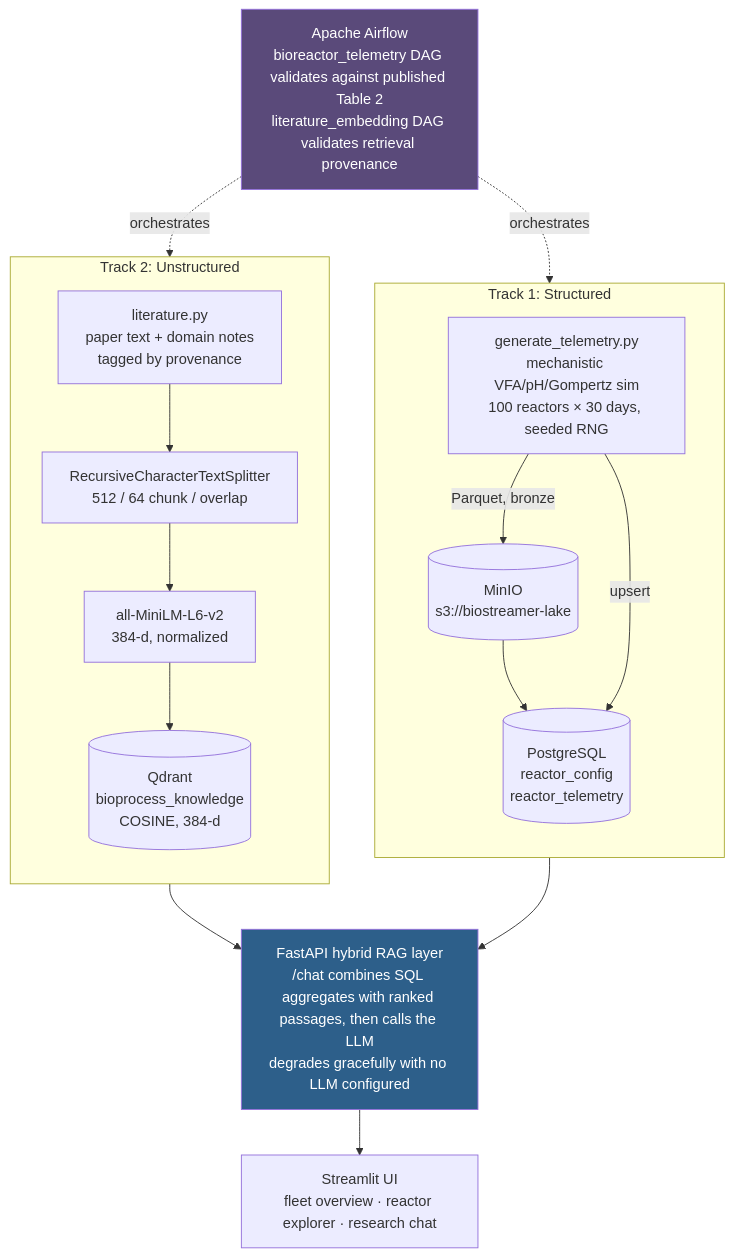
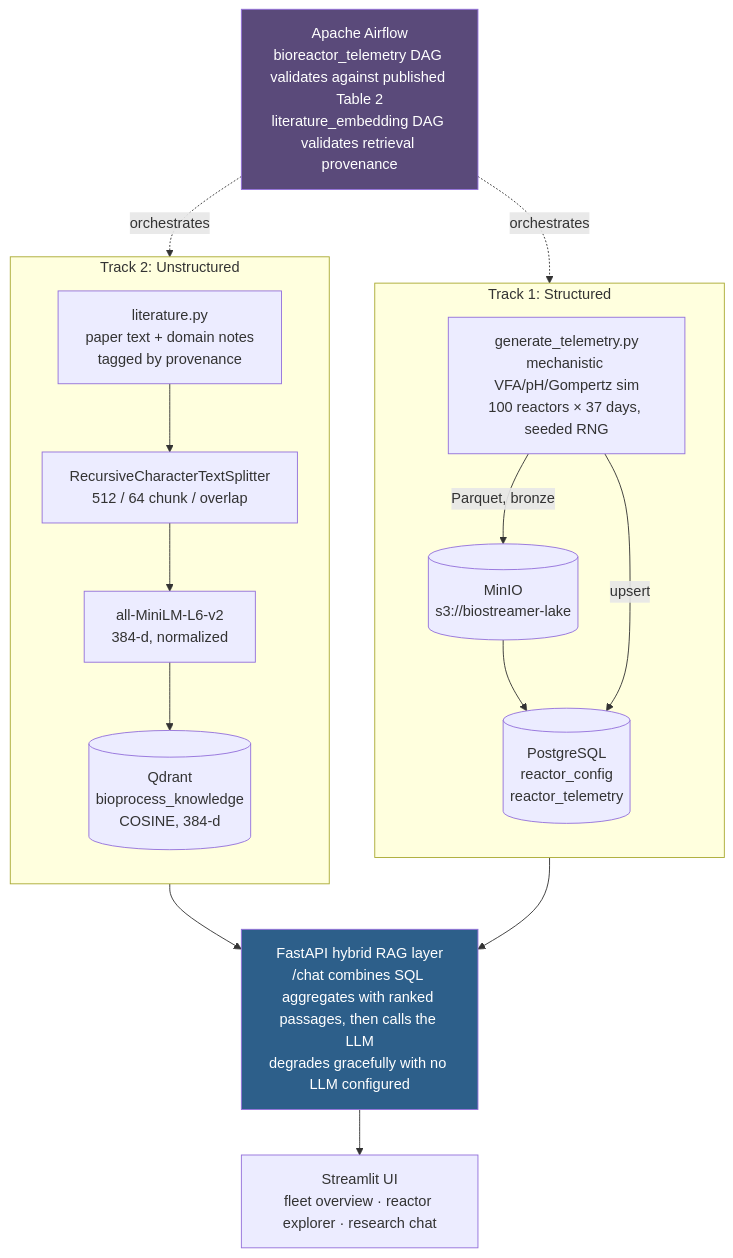
One commit to jonascodes15/biostream_digest changed the diagram in README.md. Above: the diagram before and after it, drawn with Mermaid. The commit also changed other lines of this file, not shown here.

````diff
--- a/README.md
+++ b/README.md
@@ -50,31 +50,31 @@
 ```mermaid
 flowchart TB
     subgraph track1["Track 1: Structured"]
         direction TB
-        SIM["generate_telemetry.py<br/>mechanistic VFA/pH/Gompertz sim<br/>100 reactors × 30 days, seeded RNG"]
+        SIM["generate_telemetry.py<br/>mechanistic VFA/pH/Gompertz sim<br/>100 reactors × 37 days, seeded RNG"]
         SIM -->|Parquet, bronze| MINIO[("MinIO<br/>s3://biostreamer-lake")]
         MINIO --> PG[("PostgreSQL<br/>reactor_config<br/>reactor_telemetry")]
         SIM -->|upsert| PG
     end
 
     subgraph track2["Track 2: Unstructured"]
         direction TB
         CORPUS["literature.py<br/>paper text + domain notes<br/>tagged by provenance"]
         CORPUS --> SPLIT["RecursiveCharacterTextSplitter<br/>512 / 64 chunk / overlap"]
         SPLIT --> EMBED["all-MiniLM-L6-v2<br/>384-d, normalized"]
         EMBED --> QDRANT[("Qdrant<br/>bioprocess_knowledge<br/>COSINE, 384-d")]
     end
 
     PG --> API
     QDRANT --> API
 
     API["FastAPI hybrid RAG layer<br/>/chat combines SQL aggregates with ranked passages, then calls the LLM<br/>degrades gracefully with no LLM configured"]
     API --> UI["Streamlit UI<br/>fleet overview · reactor explorer · research chat"]
 
     AF["Apache Airflow<br/>bioreactor_telemetry DAG validates against published Table 2<br/>literature_embedding DAG validates retrieval provenance"]
     AF -.orchestrates.-> SIM
     AF -.orchestrates.-> CORPUS
 
     style API fill:#2d5f8a,color:#fff
     style AF fill:#5a4a7a,color:#fff
 ```
````
